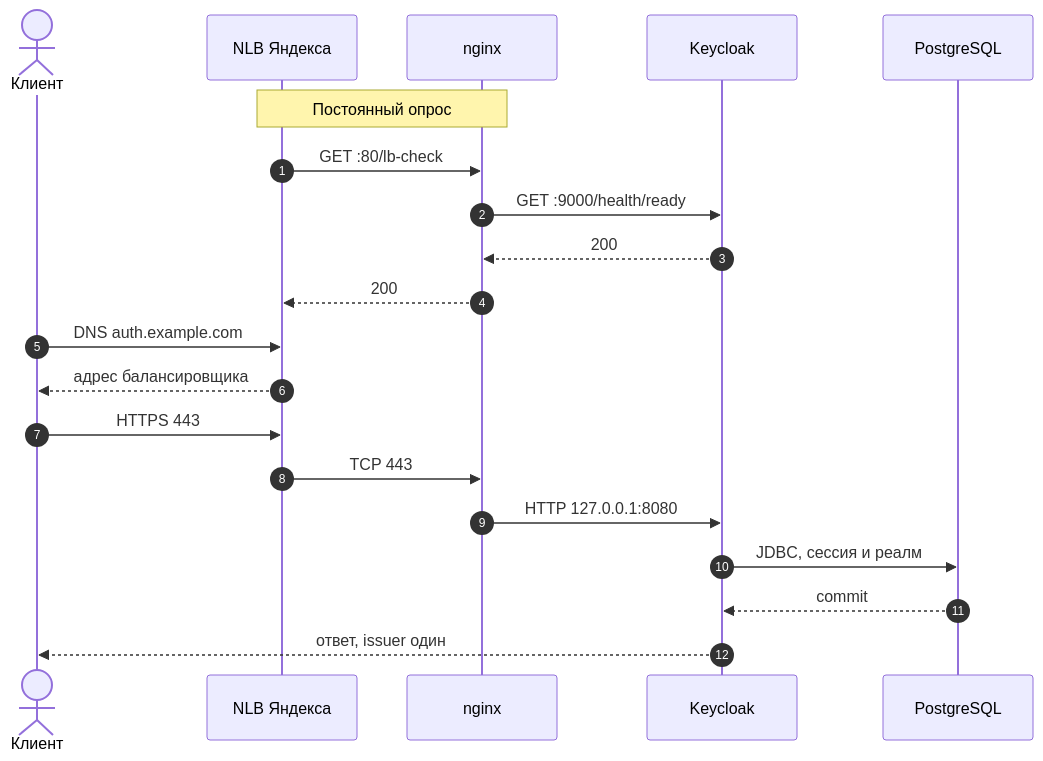
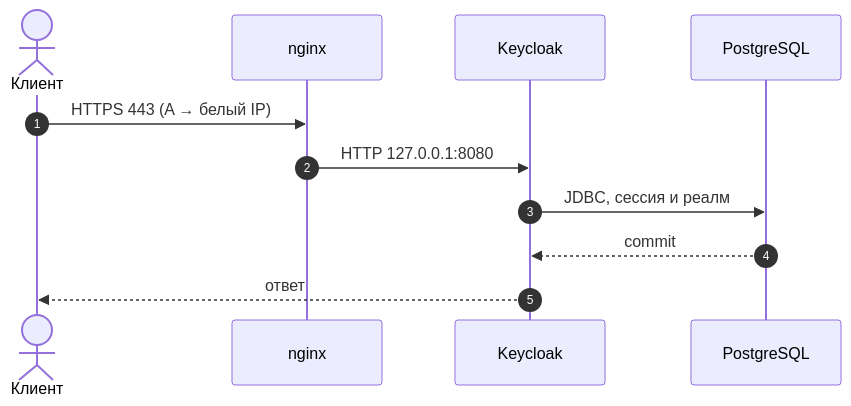
One commit to sysadm1989/keycloak changed the second of 2 diagrams in README.md. Above: the diagram before and after it, drawn with Mermaid. The commit also changed other lines of this file and 51 other files, not shown here.

````diff
--- a/README.md
+++ b/README.md
@@ -54,24 +32,14 @@
 ```mermaid
 sequenceDiagram
   autonumber
   actor Клиент
-  participant NLB as NLB Яндекса
   participant nginx
   participant Keycloak
   participant DB as PostgreSQL
 
-  Note over NLB,nginx: Постоянный опрос
-  NLB->>nginx: GET :80/lb-check
-  nginx->>Keycloak: GET :9000/health/ready
-  Keycloak-->>nginx: 200
-  nginx-->>NLB: 200
-
-  Клиент->>NLB: DNS auth.example.com
-  NLB-->>Клиент: адрес балансировщика
-  Клиент->>NLB: HTTPS 443
-  NLB->>nginx: TCP 443
+  Клиент->>nginx: HTTPS 443 (A → белый IP)
   nginx->>Keycloak: HTTP 127.0.0.1:8080
   Keycloak->>DB: JDBC, сессия и реалм
   DB-->>Keycloak: commit
-  Keycloak-->>Клиент: ответ, issuer один
+  Keycloak-->>Клиент: ответ
 ```
````
